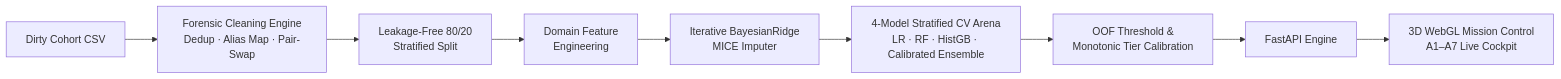
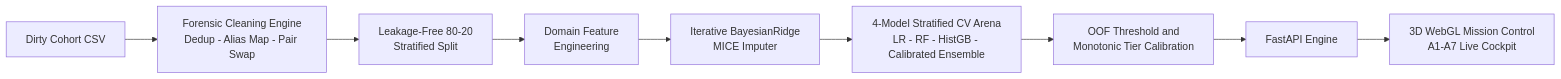
Before and after one commit to Muaviatanveer/VibeJam: the diagram in README.md, drawn with Mermaid. The commit also changed other lines of this file, not shown here.

````diff
--- a/README.md
+++ b/README.md
@@ -37,11 +37,11 @@
 ```mermaid
 flowchart LR
-    A[Dirty Cohort CSV] --> B[Forensic Cleaning Engine<br/>Dedup · Alias Map · Pair-Swap]
-    B --> C[Leakage-Free 80/20<br/>Stratified Split]
-    C --> D[Domain Feature<br/>Engineering]
-    D --> E[Iterative BayesianRidge<br/>MICE Imputer]
-    E --> F[4-Model Stratified CV Arena<br/>LR · RF · HistGB · Calibrated Ensemble]
-    F --> G[OOF Threshold &<br/>Monotonic Tier Calibration]
-    G --> H[FastAPI Engine]
-    H --> I[3D WebGL Mission Control<br/>A1–A7 Live Cockpit]
+    A["Dirty Cohort CSV"] --> B["Forensic Cleaning Engine<br>Dedup - Alias Map - Pair Swap"]
+    B --> C["Leakage-Free 80-20<br>Stratified Split"]
+    C --> D["Domain Feature<br>Engineering"]
+    D --> E["Iterative BayesianRidge<br>MICE Imputer"]
+    E --> F["4-Model Stratified CV Arena<br>LR - RF - HistGB - Calibrated Ensemble"]
+    F --> G["OOF Threshold and<br>Monotonic Tier Calibration"]
+    G --> H["FastAPI Engine"]
+    H --> I["3D WebGL Mission Control<br>A1-A7 Live Cockpit"]
 ```
````
